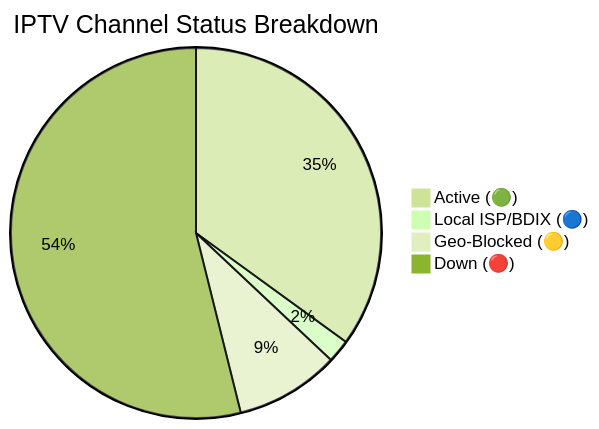
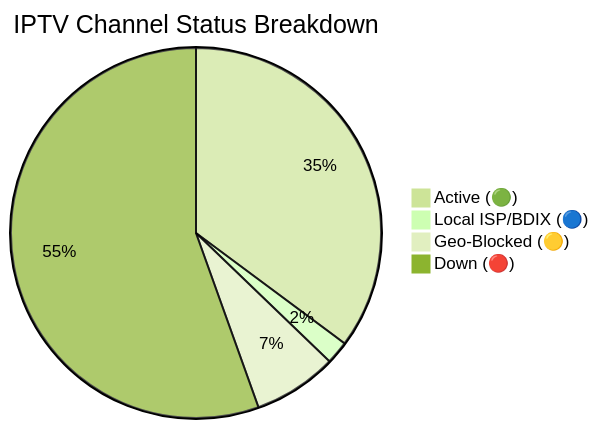
The diagram in README.md (andreataylord/Ip-tv-Collection), drawn with Mermaid (forest theme) before and after one commit. The commit also changed other lines of this file and 1 other file, not shown here.

Commit message:
docs(readme): auto-update daily channel status chart

````diff
--- a/README.md
+++ b/README.md
@@ -59,7 +59,7 @@
 ```mermaid
 pie title IPTV Channel Status Breakdown
-    "Active (🟢)" : 2224
+    "Active (🟢)" : 2235
     "Local ISP/BDIX (🔵)" : 128
-    "Geo-Blocked (🟡)" : 578
-    "Down (🔴)" : 3424
+    "Geo-Blocked (🟡)" : 466
+    "Down (🔴)" : 3525
 ```
````
